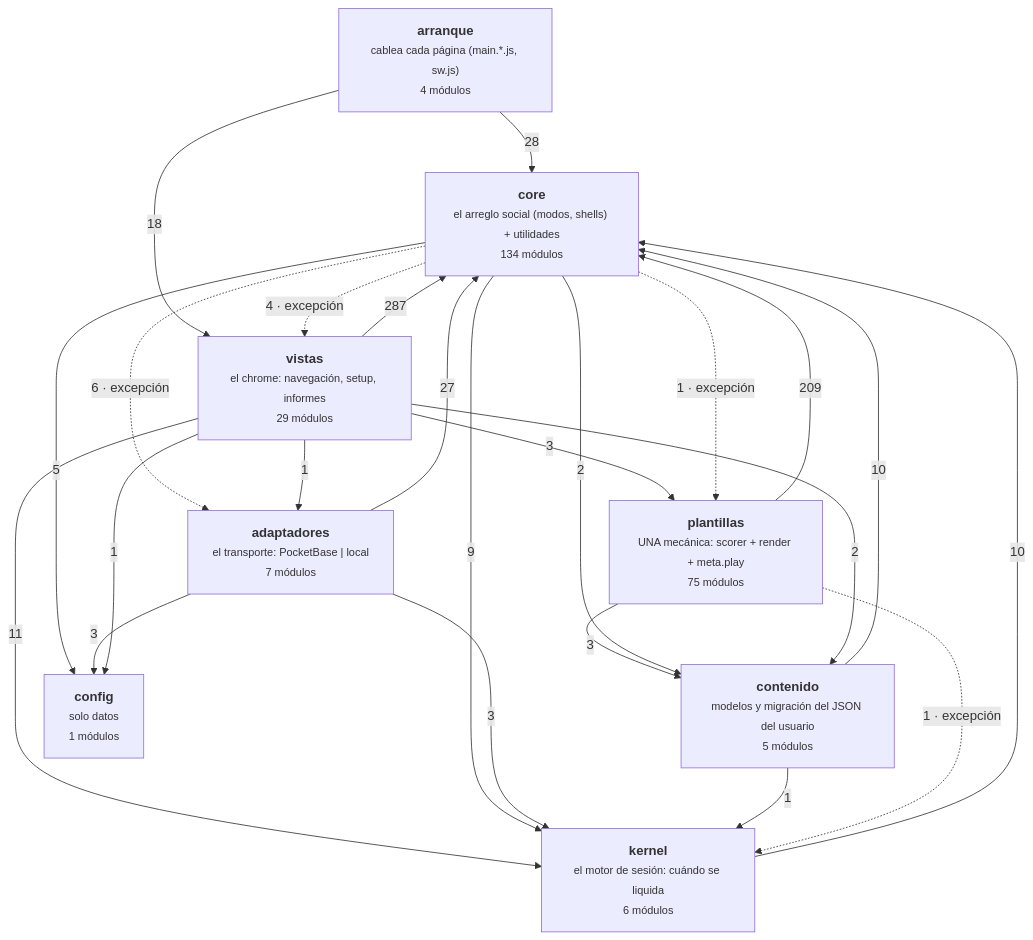
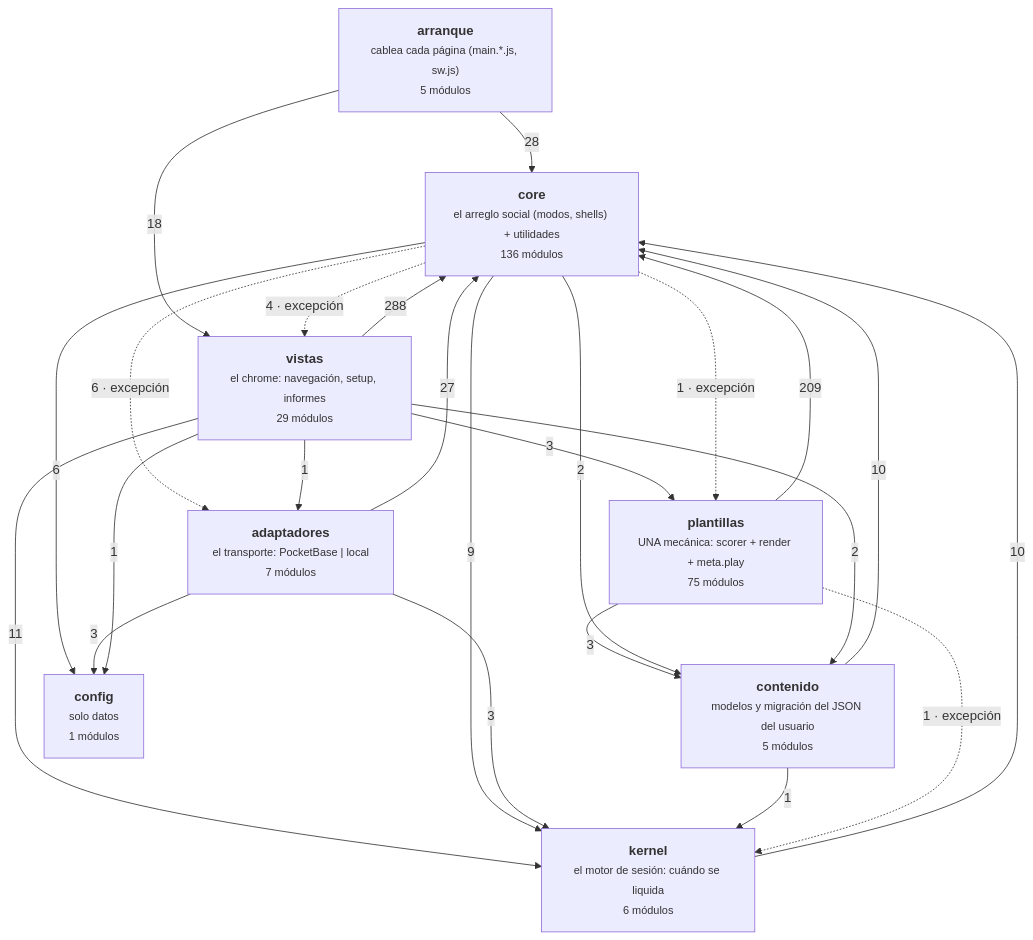
Before and after one commit to duecaz/ac: the diagram in docs/arquitectura-modulos.md, drawn with Mermaid. The commit also changed other lines of this file and 17 other files, not shown here.

````diff
--- a/docs/arquitectura-modulos.md
+++ b/docs/arquitectura-modulos.md
@@ -56,34 +56,34 @@
 ```mermaid
 graph TD
-  A["<b>arranque</b><br/><small>cablea cada página (main.*.js, sw.js)</small><br/><small>4 módulos</small>"]
+  A["<b>arranque</b><br/><small>cablea cada página (main.*.js, sw.js)</small><br/><small>5 módulos</small>"]
   V["<b>vistas</b><br/><small>el chrome: navegación, setup, informes</small><br/><small>29 módulos</small>"]
   AD["<b>adaptadores</b><br/><small>el transporte: PocketBase | local</small><br/><small>7 módulos</small>"]
-  C["<b>core</b><br/><small>el arreglo social (modos, shells) + utilidades</small><br/><small>134 módulos</small>"]
+  C["<b>core</b><br/><small>el arreglo social (modos, shells) + utilidades</small><br/><small>136 módulos</small>"]
   K["<b>kernel</b><br/><small>el motor de sesión: cuándo se liquida</small><br/><small>6 módulos</small>"]
   T["<b>plantillas</b><br/><small>UNA mecánica: scorer + render + meta.play</small><br/><small>75 módulos</small>"]
   CO["<b>contenido</b><br/><small>modelos y migración del JSON del usuario</small><br/><small>5 módulos</small>"]
   CF["<b>config</b><br/><small>solo datos</small><br/><small>1 módulos</small>"]
-  V -->|287| C
+  V -->|288| C
   T -->|209| C
   A -->|28| C
   AD -->|27| C
   A -->|18| V
   V -->|11| K
   CO -->|10| C
   K -->|10| C
   C -->|9| K
+  C -->|6| CF
   C -.->|6 · excepción| AD
-  C -->|5| CF
   C -.->|4 · excepción| V
   AD -->|3| CF
   AD -->|3| K
   T -->|3| CO
   V -->|3| T
   C -->|2| CO
   V -->|2| CO
   C -.->|1 · excepción| T
   CO -->|1| K
   T -.->|1 · excepción| K
   V -->|1| AD
   V -->|1| CF
 ```
````
